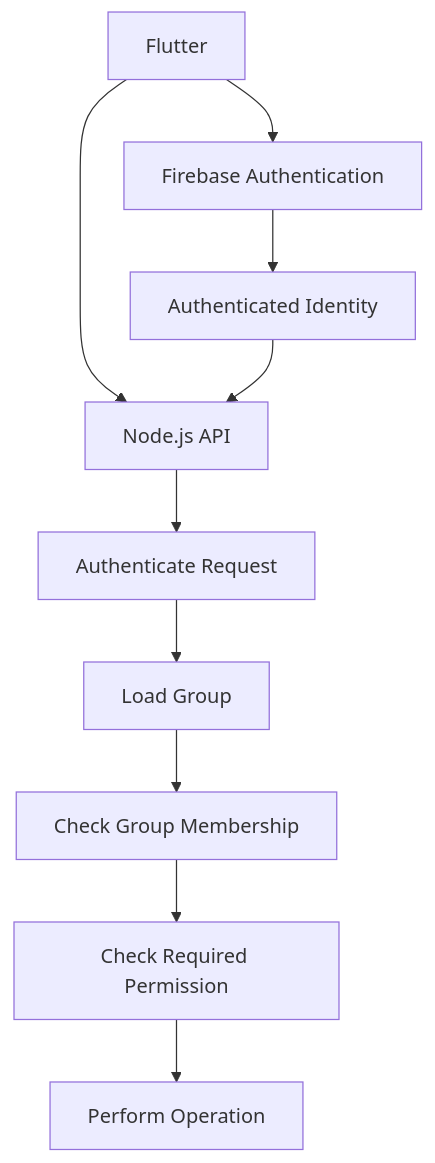
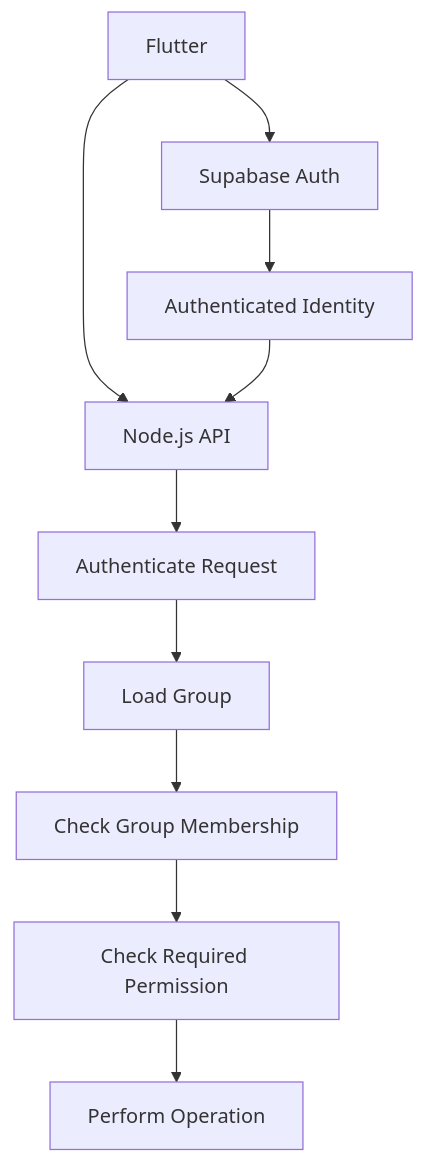
The third of 8 diagrams in docs/architecture/system-requirements.md (rajparihar281/SplitLedger), drawn with Mermaid before and after one commit. The commit also changed other lines of this file and 16 other files, not shown here.

First line of the commit message:
Refactor authentication from Firebase to Supabase Auth across the application

````diff
--- a/docs/architecture/system-requirements.md
+++ b/docs/architecture/system-requirements.md
@@ -658,27 +658,27 @@
 ```mermaid
 flowchart TD
 
     CLIENT["Flutter"]
 
-    AUTH["Firebase Authentication"]
+    AUTH["Supabase Auth"]
     TOKEN["Authenticated Identity"]
 
     API["Node.js API"]
     AUTHENTICATE["Authenticate Request"]
     GROUP["Load Group"]
     MEMBERSHIP["Check Group Membership"]
     ROLE["Check Required Permission"]
     OPERATION["Perform Operation"]
 
     CLIENT --> AUTH
     AUTH --> TOKEN
 
     CLIENT --> API
     TOKEN --> API
 
     API --> AUTHENTICATE
     AUTHENTICATE --> GROUP
     GROUP --> MEMBERSHIP
     MEMBERSHIP --> ROLE
     ROLE --> OPERATION
 ```
````
